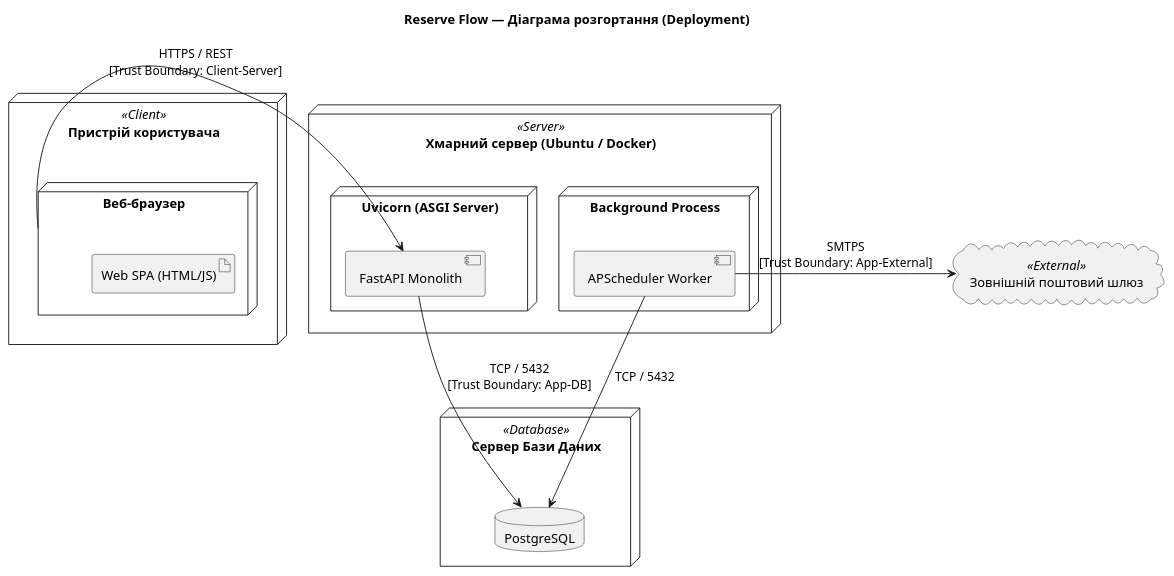
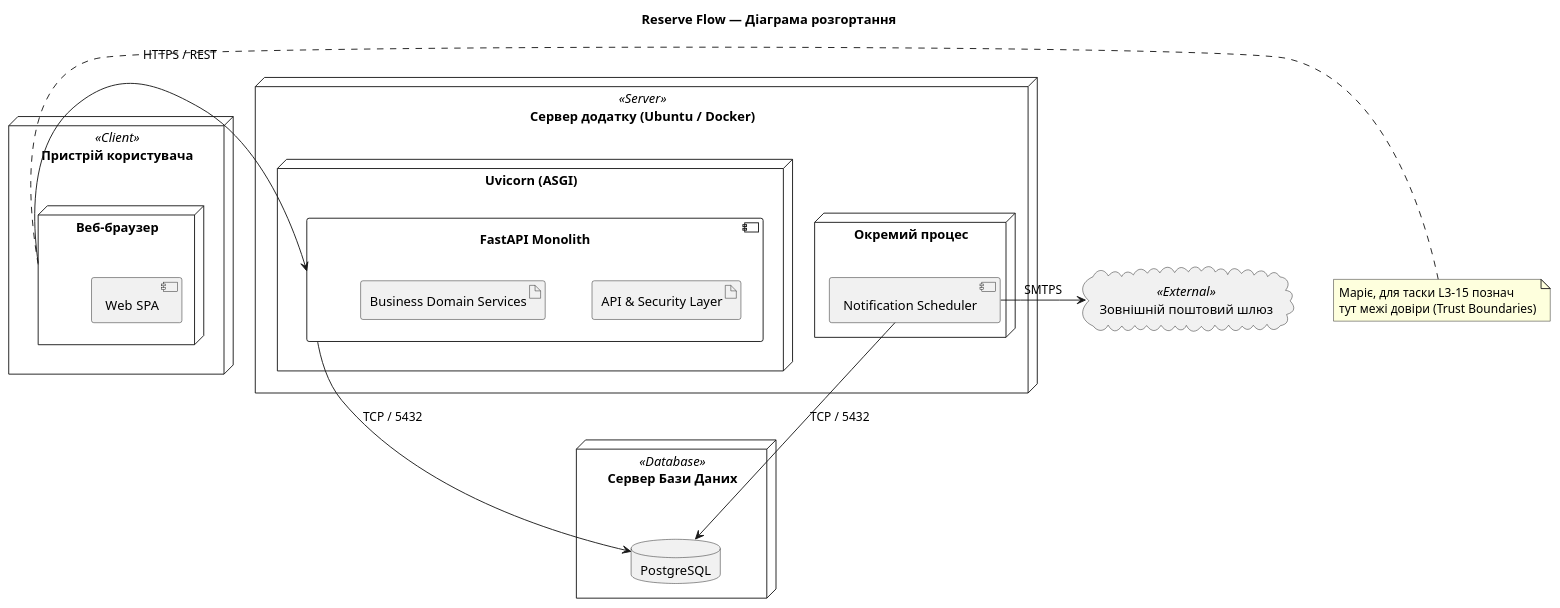
One commit to ukma-fin-ssdm-2026/reserve-flow changed the diagram in docs/architecture/uml/deployment.puml. Above: the diagram before and after it, drawn with PlantUML. The commit also changed 3 other files, not shown here.

Commit message:
docs: update UML diagrams

```diff
--- a/docs/architecture/uml/deployment.puml
+++ b/docs/architecture/uml/deployment.puml
@@ -1,36 +1,42 @@
 @startuml
 skinparam componentStyle uml2
-skinparam shadowing false
 skinparam nodesep 50
 skinparam ranksep 50
 
-title Reserve Flow — Діаграма розгортання (Deployment)
+title Reserve Flow — Діаграма розгортання
 
 node "Пристрій користувача" as ClientNode <<Client>> {
     node "Веб-браузер" as Browser {
-        artifact "Web SPA (HTML/JS)" as SPA
+        component "Web SPA" as SPA
     }
 }
 
-node "Хмарний сервер (Ubuntu / Docker)" as AppServer <<Server>> {
-    node "Uvicorn (ASGI Server)" {
-        component "FastAPI Monolith" as FastAPI
+node "Сервер додатку (Ubuntu / Docker)" as AppServer <<Server>> {
+    node "Uvicorn (ASGI)" {
+        component "FastAPI Monolith" as FastAPI {
+            artifact "API & Security Layer"
+            artifact "Business Domain Services"
+        }
     }
-    node "Background Process" {
-        component "APScheduler Worker" as Worker
+    node "Окремий процес" {
+        component "Notification Scheduler" as Worker
     }
 }
 
 node "Сервер Бази Даних" as DBServer <<Database>> {
     database "PostgreSQL" as Postgres
 }
 
 cloud "Зовнішній поштовий шлюз" as SMTPServer <<External>>
 
-' Зв'язки та межі довіри (Trust Boundaries)
-Browser -right-> FastAPI : HTTPS / REST\n[Trust Boundary: Client-Server]
-FastAPI -down-> Postgres : TCP / 5432\n[Trust Boundary: App-DB]
+' Зв'язки та протоколи
+Browser -right-> FastAPI : HTTPS / REST
+FastAPI -down-> Postgres : TCP / 5432
 Worker -up-> Postgres : TCP / 5432
-Worker -right-> SMTPServer : SMTPS\n[Trust Boundary: App-External]
+Worker -right-> SMTPServer : SMTPS
 
+note right of Browser
+  Маріє, для таски L3-15 познач 
+  тут межі довіри (Trust Boundaries)
+end note
 @enduml
```
